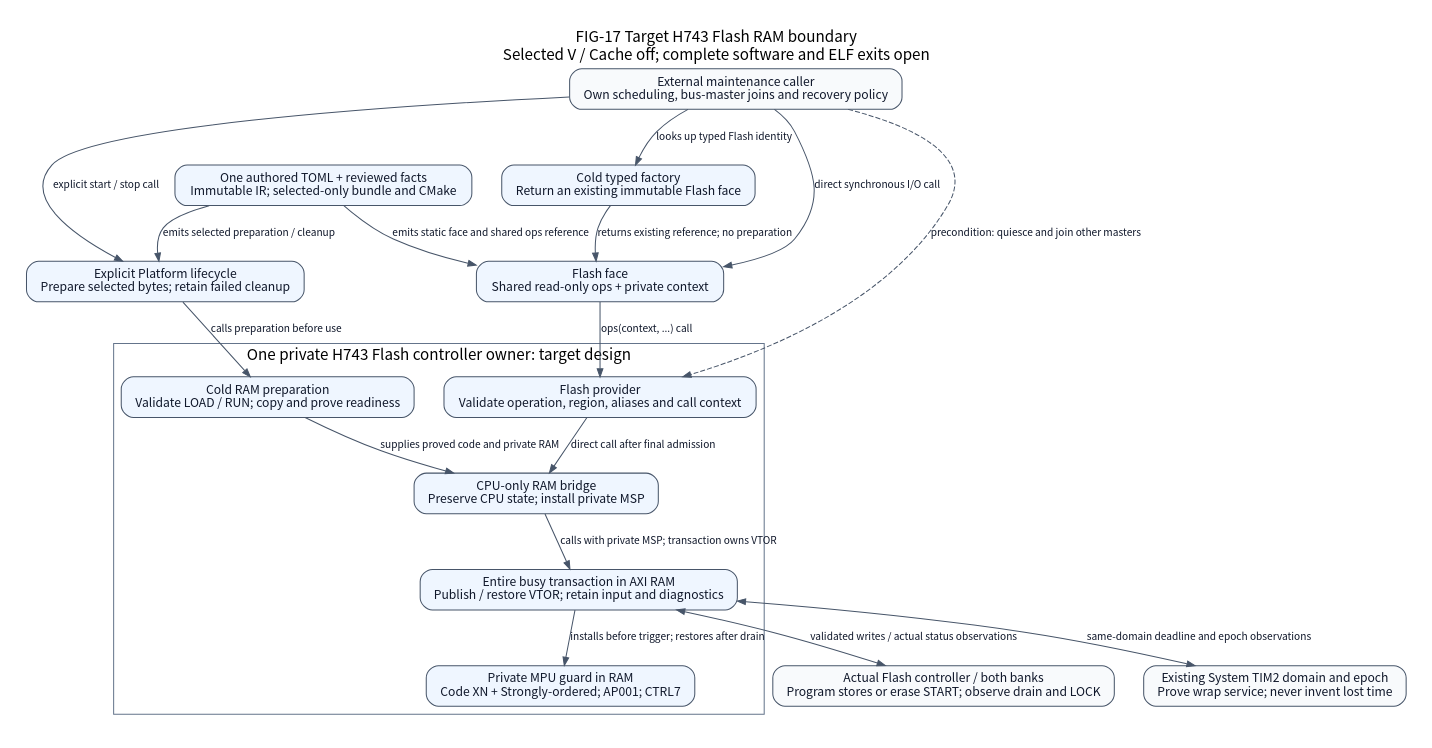
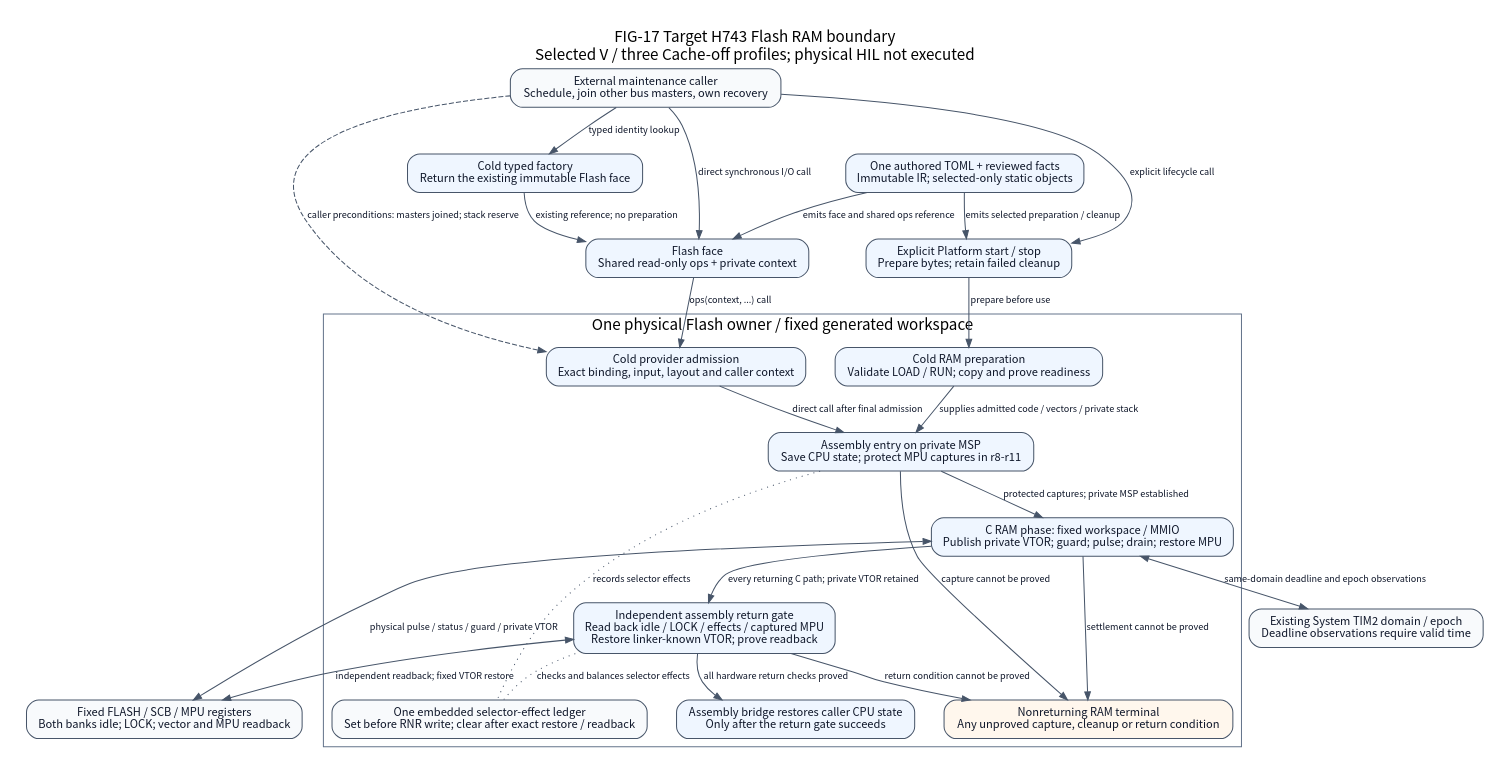
The diagram in docs/assets/diagrams/h743-flash-ram-architecture.dot (X-Gen-Lab/nexus), drawn with Graphviz before and after one commit. The commit also changed 49 other files, not shown here.

Commit message:
feat(h743): prove fixed RAM Flash operands and hardware return

```diff
--- a/docs/assets/diagrams/h743-flash-ram-architecture.dot
+++ b/docs/assets/diagrams/h743-flash-ram-architecture.dot
@@ -1,54 +1,49 @@
-// FIG-17 target IO-24 design; not completed code or physical qualification.
-// Scope: selected STM32H743ZIT6 V / Cache off only.
-// Basis: docs/design/h743-flash-ram.md target contract and IO-24 ledger.
-// Edges are explicitly lookup, call, copy, protection or caller preconditions.
-// This diagram introduces no second physical owner or background executor.
+// FIG-17: target IO-24; selected operand / assembly protocol proof implemented.
+// Original complete exit and candidate qualification remain open; no physical execution.
+// One generated physical owner; caller preconditions remain in the linked contract.
 digraph h743FlashRamArchitecture {
-    graph [label="FIG-17 Target H743 Flash RAM boundary\nSelected V / Cache off; complete software and ELF exits open",
-           fontname="Noto Sans CJK SC", fontsize=15, labelloc=t, rankdir=TB,
-           bgcolor="white", pad=0.25, nodesep=0.4, ranksep=0.6,
-           newrank=true];
-    node [shape=box, style="rounded,filled", fillcolor="#eff6ff",
-          color="#475569", fontcolor="#0f172a", fontname="Noto Sans CJK SC",
-          fontsize=12, margin="0.16,0.10"];
-    edge [color="#475569", fontcolor="#0f172a",
-          fontname="Noto Sans CJK SC", fontsize=10, arrowsize=0.8];
-    build [label="One authored TOML + reviewed facts\nImmutable IR; selected-only bundle and CMake"];
-    app [label="External maintenance caller\nOwn scheduling, bus-master joins and recovery policy",
-         fillcolor="#f8fafc"];
-    factory [label="Cold typed factory\nReturn an existing immutable Flash face"];
+    graph [label="FIG-17 Target H743 Flash RAM boundary\nSelected V / three Cache-off profiles; physical HIL not executed", fontname="Noto Sans CJK SC", fontsize=15, labelloc=t, rankdir=TB, bgcolor="white", pad=0.25, nodesep=0.40, ranksep=0.50, newrank=true];
+    node [shape=box, style="rounded,filled", fillcolor="#eff6ff", color="#475569", fontcolor="#0f172a", fontname="Noto Sans CJK SC", fontsize=11, margin="0.16,0.10"];
+    edge [color="#475569", fontcolor="#0f172a", fontname="Noto Sans CJK SC", fontsize=9, arrowsize=0.8];
+    build [label="One authored TOML + reviewed facts\nImmutable IR; selected-only static objects"];
+    app [label="External maintenance caller\nSchedule, join other bus masters, own recovery", fillcolor="#f8fafc"];
+    factory [label="Cold typed factory\nReturn the existing immutable Flash face"];
     face [label="Flash face\nShared read-only ops + private context"];
-    lifecycle [label="Explicit Platform lifecycle\nPrepare selected bytes; retain failed cleanup"];
+    lifecycle [label="Explicit Platform start / stop\nPrepare bytes; retain failed cleanup"];
     subgraph clusterOwner {
-        label="One private H743 Flash controller owner: target design";
-        color="#64748b"; fontname="Noto Sans CJK SC";
-        provider [label="Flash provider\nValidate operation, region, aliases and call context"];
-        prepare [label="Cold RAM preparation\nValidate LOAD / RUN; copy and prove readiness"];
-        bridge [label="CPU-only RAM bridge\nPreserve CPU state; install private MSP"];
-        pod [label="Entire busy transaction in AXI RAM\nPublish / restore VTOR; retain input and diagnostics"];
-        guard [label="Private MPU guard in RAM\nCode XN + Strongly-ordered; AP001; CTRL7"];
-        prepare -> bridge [label="supplies proved code and private RAM"];
-        provider -> bridge [label="direct call after final admission"];
-        bridge -> pod [label="calls with private MSP; transaction owns VTOR"];
-        pod -> guard [label="installs before trigger; restores after drain"];
+        label="One physical Flash owner / fixed generated workspace"; color="#64748b"; fontname="Noto Sans CJK SC";
+    provider [label="Cold provider admission\nExact binding, input, layout and caller context"];
+    prepare [label="Cold RAM preparation\nValidate LOAD / RUN; copy and prove readiness"];
+    bridge [label="Assembly entry on private MSP\nSave CPU state; protect MPU captures in r8-r11"];
+    pod [label="C RAM phase: fixed workspace / MMIO\nPublish private VTOR; guard; pulse; drain; restore MPU"];
+    gate [label="Independent assembly return gate\nRead back idle / LOCK / effects / captured MPU\nRestore linker-known VTOR; prove readback"];
+    restore [label="Assembly bridge restores caller CPU state\nOnly after the return gate succeeds"];
+    ledger [label="One embedded selector-effect ledger\nSet before RNR write; clear after exact restore / readback", fillcolor="#f8fafc"];
+    terminal [label="Nonreturning RAM terminal\nAny unproved capture, cleanup or return condition", fillcolor="#fff7ed"];
+    prepare -> bridge [label="supplies admitted code / vectors / private stack"];
+    provider -> bridge [label="direct call after final admission"];
+    bridge -> pod [label="protected captures; private MSP established"];
+    pod -> gate [label="every returning C path; private VTOR retained"];
+    gate -> restore [label="all hardware return checks proved"];
+    bridge -> ledger [label="records selector effects", style=dotted, arrowhead=none];
+    gate -> ledger [label="checks and balances selector effects", style=dotted, arrowhead=none];
+    bridge -> terminal [label="capture cannot be proved"];
+    pod -> terminal [label="settlement cannot be proved"];
+    gate -> terminal [label="return condition cannot be proved"];
     }
-    flash [label="Actual Flash controller / both banks\nProgram stores or erase START; observe drain and LOCK",
-           fillcolor="#f8fafc"];
-    time [label="Existing System TIM2 domain and epoch\nProve wrap service; never invent lost time",
-          fillcolor="#f8fafc"];
+    hardware [label="Fixed FLASH / SCB / MPU registers\nBoth banks idle; LOCK; vector and MPU readback", fillcolor="#f8fafc"];
+    time [label="Existing System TIM2 domain / epoch\nDeadline observations require valid time", fillcolor="#f8fafc"];
     build -> lifecycle [label="emits selected preparation / cleanup"];
-    build -> face [label="emits static face and shared ops reference"];
-    app -> factory [label="looks up typed Flash identity"];
-    factory -> face [label="returns existing reference; no preparation"];
-    app -> lifecycle [label="explicit start / stop call"];
-    lifecycle -> prepare [label="calls preparation before use"];
+    build -> face [label="emits face and shared ops reference"];
+    app -> factory [label="typed identity lookup"];
+    factory -> face [label="existing reference; no preparation"];
+    app -> lifecycle [label="explicit lifecycle call"];
+    lifecycle -> prepare [label="prepare before use"];
     app -> face [label="direct synchronous I/O call"];
     face -> provider [label="ops(context, ...) call"];
-    app -> provider [label="precondition: quiesce and join other masters",
-                     style=dashed];
-    pod -> flash [label="validated writes / actual status observations",
-                  dir=both];
-    pod -> time [label="same-domain deadline and epoch observations",
-                 dir=both];
-    // No return edge bypasses drain, LOCK or restoration; see FIG-18.
+    app -> provider [label="caller preconditions: masters joined; stack reserve", style=dashed];
+    pod -> hardware [label="physical pulse / status / guard / private VTOR", dir=both];
+    gate -> hardware [label="independent readback; fixed VTOR restore", dir=both];
+    pod -> time [label="same-domain deadline and epoch observations", dir=both];
+    // Terminal has no outgoing edge; FIG-18 expands guarded settlement.
 }
```
